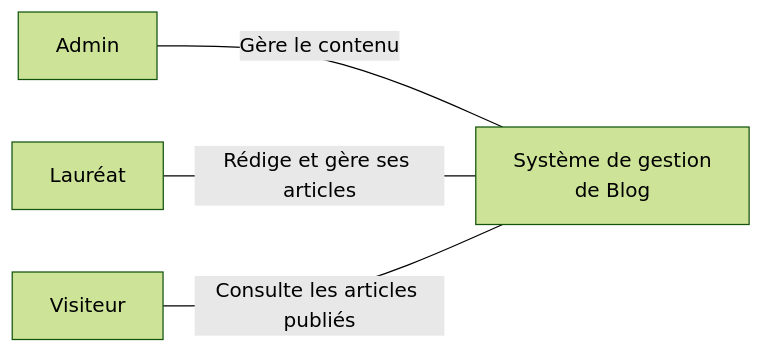
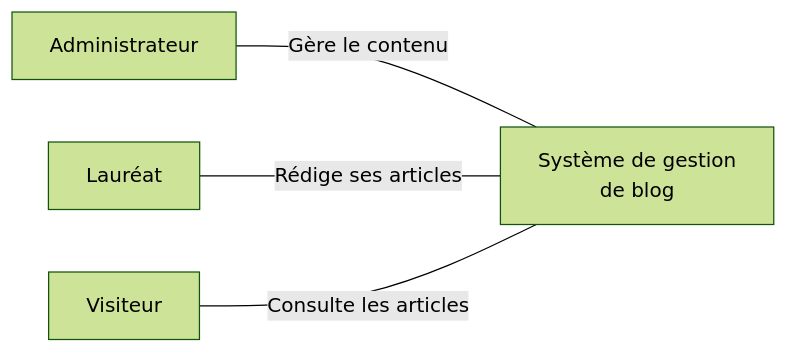
Before and after one commit to mesbahimohammedyassirsolicode-star/lab: the diagram in lab-product-backlog/presentation.marp.md, drawn with Mermaid (forest theme). The commit also changed other lines of this file, not shown here.

````diff
--- a/lab-product-backlog/presentation.marp.md
+++ b/lab-product-backlog/presentation.marp.md
@@ -76,10 +129,10 @@
 ```mermaid
 flowchart LR
-    Admin["Admin"]
+    Admin["Administrateur"]
     Auteur["Lauréat"]
     Visiteur["Visiteur"]
-    Blog["Système de gestion<br/>de Blog"]
+    Blog["Système de gestion<br/>de blog"]
     Admin ---|"Gère le contenu"| Blog
-    Auteur ---|"Rédige et gère ses articles"| Blog
-    Visiteur ---|"Consulte les articles publiés"| Blog
+    Auteur ---|"Rédige ses articles"| Blog
+    Visiteur ---|"Consulte les articles"| Blog
 ```
````
